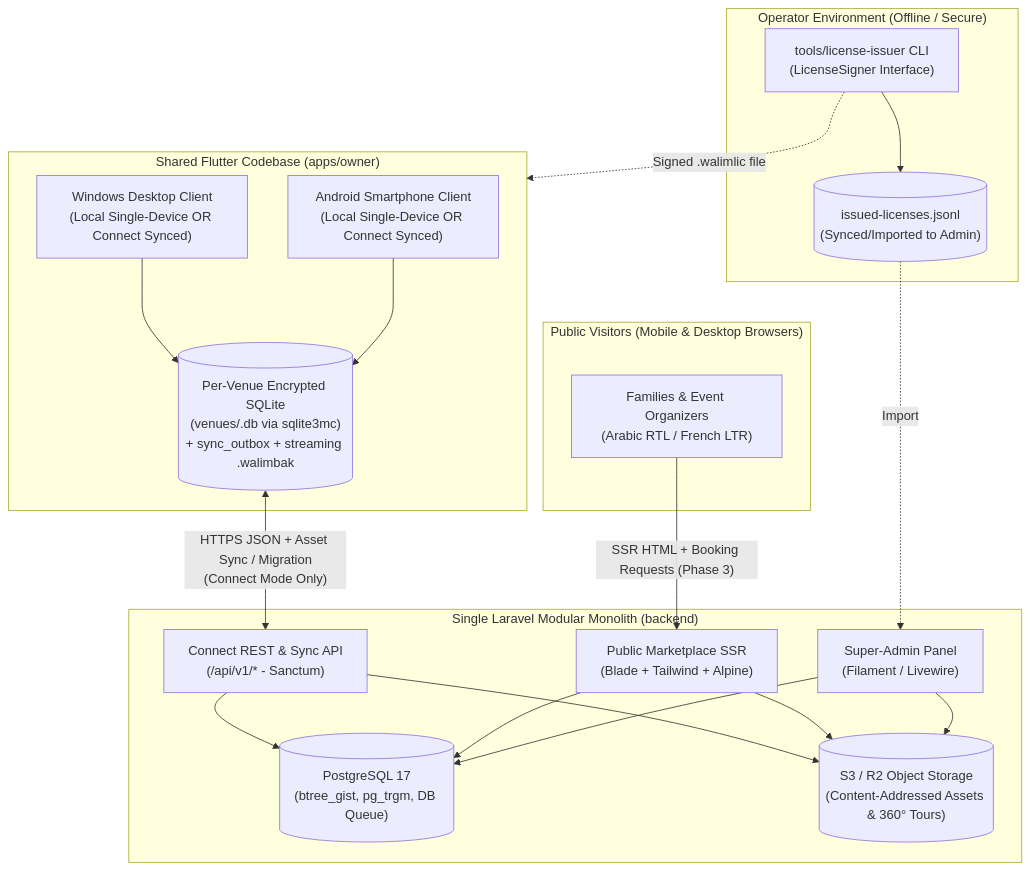
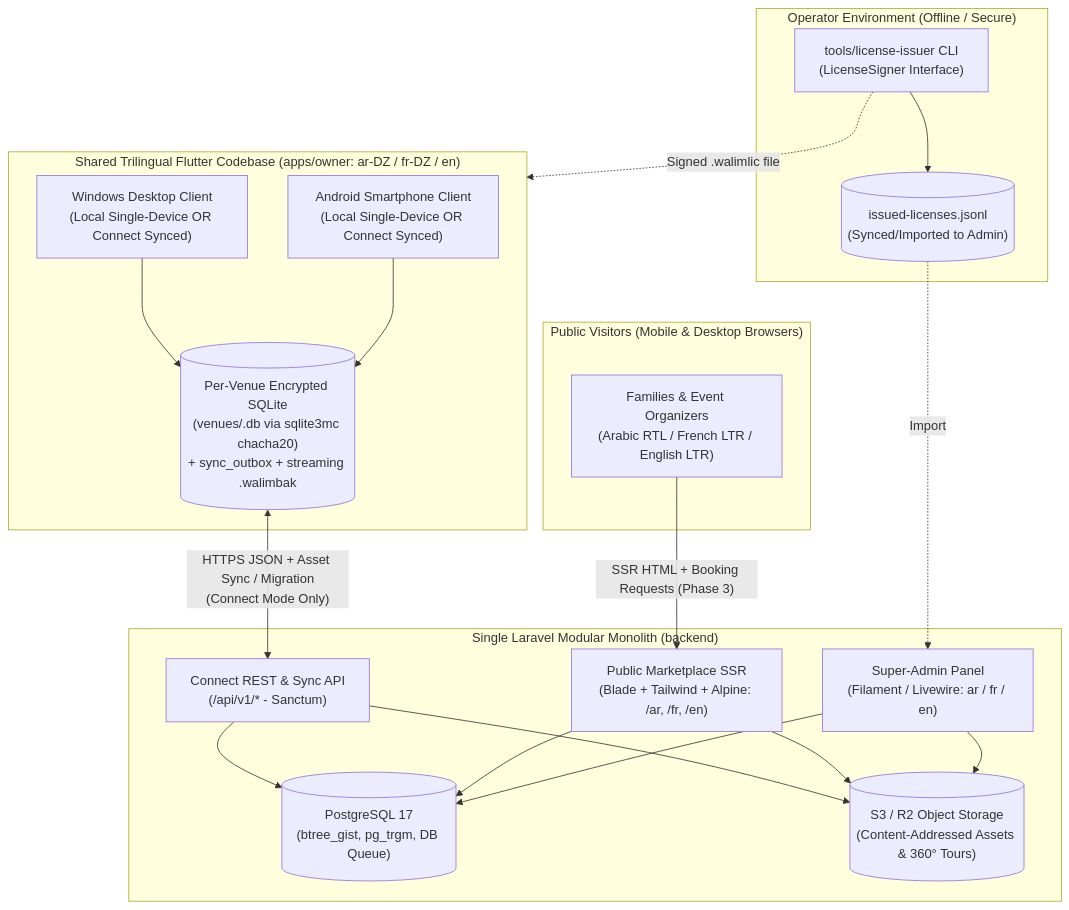
One commit to zBensadi/walimapp changed the first of 2 diagrams in docs/architecture.md. Above: the diagram before and after it, drawn with Mermaid. The commit also changed other lines of this file and 8 other files, not shown here.

Commit message:
docs(phase-0): complete Phase 0.3 trilingual, Connect device-tier, and sqlite3mc chacha20 updates (v1.3-draft)

````diff
--- a/docs/architecture.md
+++ b/docs/architecture.md
@@ -23,40 +23,40 @@
 ```mermaid
 flowchart TB
     subgraph Operator["Operator Environment (Offline / Secure)"]
         IssuerCLI["tools/license-issuer CLI\n(LicenseSigner Interface)"]
         OperatorLedger[("issued-licenses.jsonl\n(Synced/Imported to Admin)")]
         IssuerCLI --> OperatorLedger
     end
 
-    subgraph Clients["Shared Flutter Codebase (apps/owner)"]
+    subgraph Clients["Shared Trilingual Flutter Codebase (apps/owner: ar-DZ / fr-DZ / en)"]
         WinApp["Windows Desktop Client\n(Local Single-Device OR Connect Synced)"]
         AndApp["Android Smartphone Client\n(Local Single-Device OR Connect Synced)"]
-        LocalDB[("Per-Venue Encrypted SQLite\n(venues/<venue_id>.db via sqlite3mc)\n+ sync_outbox + streaming .walimbak")]
+        LocalDB[("Per-Venue Encrypted SQLite\n(venues/<venue_id>.db via sqlite3mc chacha20)\n+ sync_outbox + streaming .walimbak")]
         WinApp --> LocalDB
         AndApp --> LocalDB
     end
 
     subgraph PublicUsers["Public Visitors (Mobile & Desktop Browsers)"]
-        WebVisitor["Families & Event Organizers\n(Arabic RTL / French LTR)"]
+        WebVisitor["Families & Event Organizers\n(Arabic RTL / French LTR / English LTR)"]
     end
 
     subgraph Backend["Single Laravel Modular Monolith (backend)"]
         SyncAPI["Connect REST & Sync API\n(/api/v1/* - Sanctum)"]
-        SSRWeb["Public Marketplace SSR\n(Blade + Tailwind + Alpine)"]
-        AdminPanel["Super-Admin Panel\n(Filament / Livewire)"]
+        SSRWeb["Public Marketplace SSR\n(Blade + Tailwind + Alpine: /ar, /fr, /en)"]
+        AdminPanel["Super-Admin Panel\n(Filament / Livewire: ar / fr / en)"]
         PG[("PostgreSQL 17\n(btree_gist, pg_trgm, DB Queue)")]
         ObjStore[("S3 / R2 Object Storage\n(Content-Addressed Assets & 360° Tours)")]
 
         SyncAPI --> PG
         SSRWeb --> PG
         AdminPanel --> PG
         SyncAPI --> ObjStore
         SSRWeb --> ObjStore
         AdminPanel --> ObjStore
     end
 
     IssuerCLI -.->|"Signed .walimlic file"| Clients
     OperatorLedger -.->|"Import"| AdminPanel
     LocalDB <-->|"HTTPS JSON + Asset Sync / Migration\n(Connect Mode Only)"| SyncAPI
     WebVisitor -->|"SSR HTML + Booking Requests (Phase 3)"| SSRWeb
 ```
````
